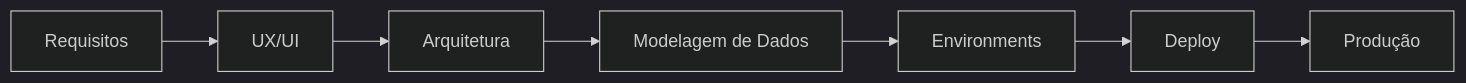
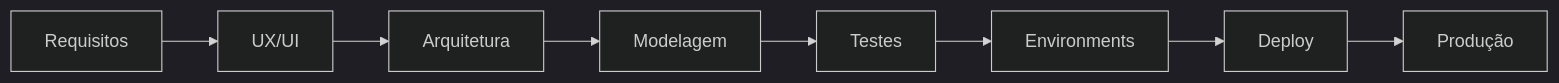
One commit to leomoraesitu/web-app-crm changed the diagram in docs/DOCUMENTATION_INDEX.md. Above: the diagram before and after it, drawn with Mermaid (dark theme). The commit also changed other lines of this file and 12 other files, not shown here.

````diff
--- a/docs/DOCUMENTATION_INDEX.md
+++ b/docs/DOCUMENTATION_INDEX.md
@@ -107,9 +104,10 @@
 ```mermaid
 flowchart LR
     REQ[Requisitos] --> UX[UX/UI]
     UX --> ARCH[Arquitetura]
-    ARCH --> DATA[Modelagem de Dados]
-    DATA --> ENV[Environments]
+    ARCH --> DATA[Modelagem]
+    DATA --> QA[Testes]
+    QA --> ENV[Environments]
     ENV --> DEPLOY[Deploy]
     DEPLOY --> PROD[Produção]
 ```
````
